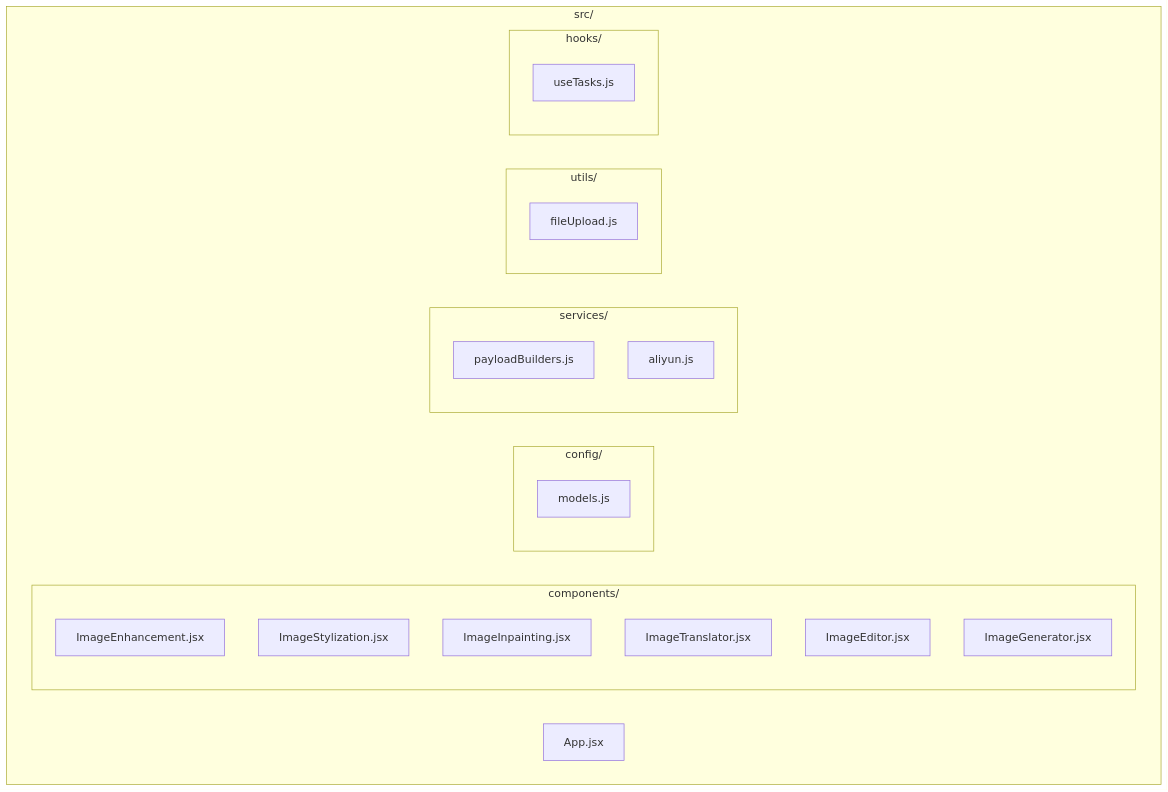
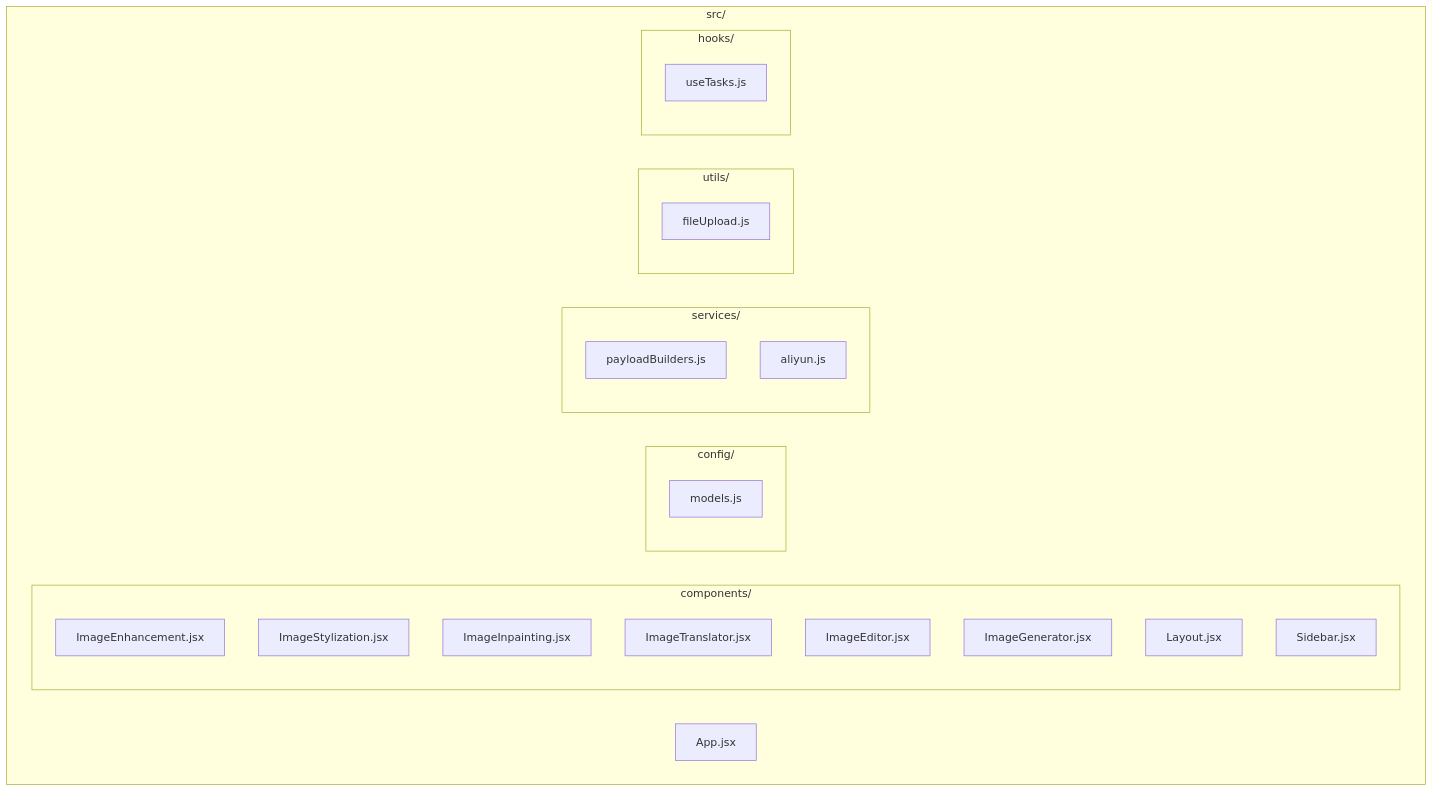
Before and after one commit to alex0001yyy/wan-app: the first of 10 diagrams in .qoder/repowiki/zh/content/架构设计/组件架构/生成器组件/图像增强工具.md, drawn with Mermaid. The commit also changed other lines of this file and 35 other files, not shown here.

````diff
--- a/.qoder/repowiki/zh/content/架构设计/组件架构/生成器组件/图像增强工具.md
+++ b/.qoder/repowiki/zh/content/架构设计/组件架构/生成器组件/图像增强工具.md
@@ -43,27 +55,29 @@
 ```mermaid
 graph TB
 subgraph "src/"
 subgraph "components/"
 IE[ImageEnhancement.jsx]
 IS[ImageStylization.jsx]
 II[ImageInpainting.jsx]
 IT[ImageTranslator.jsx]
 IE2[ImageEditor.jsx]
 IG[ImageGenerator.jsx]
+L[Layout.jsx]
+S[Sidebar.jsx]
 end
 subgraph "config/"
 M[models.js]
 end
 subgraph "services/"
 PB[payloadBuilders.js]
 AU[aliyun.js]
 end
 subgraph "utils/"
 FU[fileUpload.js]
 end
 subgraph "hooks/"
 UT[useTasks.js]
 end
 APP[App.jsx]
 end
 ```
````
